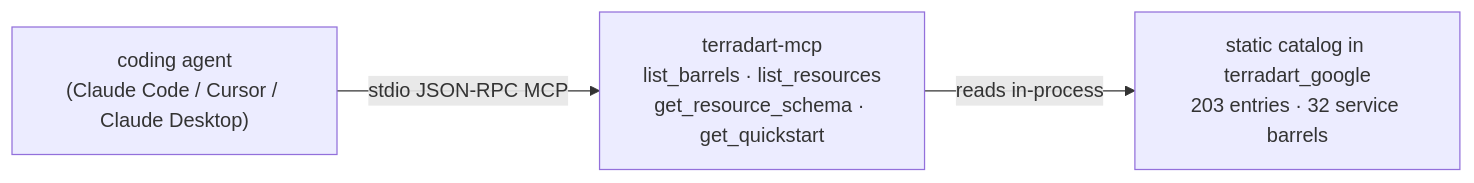
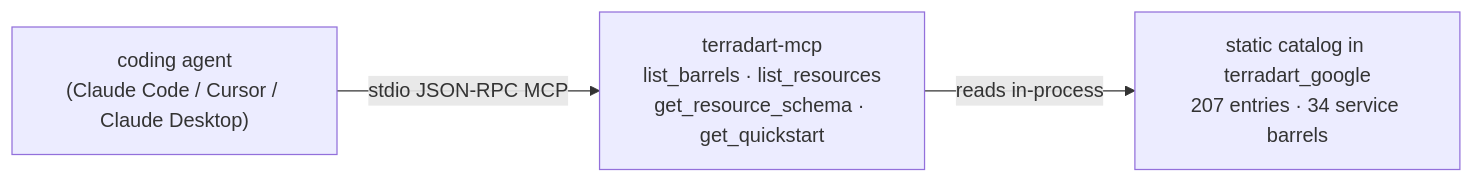
The diagram in website/src/content/docs/docs/agent/index.md (nozomi-koborinai/terradart), drawn with Mermaid before and after one commit. The commit also changed other lines of this file and 32 other files, not shown here.

````diff
--- a/website/src/content/docs/docs/agent/index.md
+++ b/website/src/content/docs/docs/agent/index.md
@@ -12,8 +12,8 @@
 ```mermaid
 graph LR
   agent["coding agent<br/>(Claude Code / Cursor / Claude Desktop)"]
   mcp["terradart-mcp<br/>list_barrels · list_resources<br/>get_resource_schema · get_quickstart"]
-  catalog["static catalog in terradart_google<br/>203 entries · 32 service barrels"]
+  catalog["static catalog in terradart_google<br/>207 entries · 34 service barrels"]
   agent -->|stdio JSON-RPC MCP| mcp
   mcp -->|reads in-process| catalog
 ```
````
